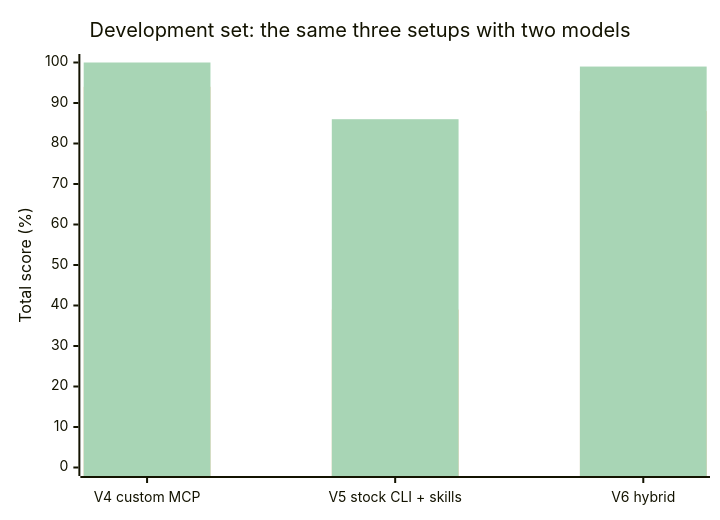
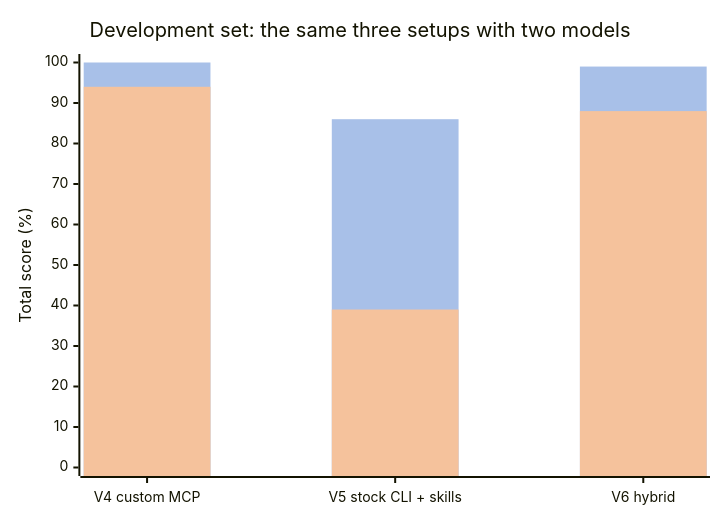
One commit to raphaelmansuy/edgegenie changed the third of 4 diagrams in docs/06-results-and-lessons.md. Above: the diagram before and after it, drawn with Mermaid. The commit also changed other lines of this file and 18 other files, not shown here.

````diff
--- a/docs/06-results-and-lessons.md
+++ b/docs/06-results-and-lessons.md
@@ -135,9 +135,9 @@
 ```mermaid
-%%{init: {'theme':'base','themeVariables':{'primaryColor':'#E8F0FE','primaryTextColor':'#1F2937','primaryBorderColor':'#A8C0E8','lineColor':'#94A3B8','xyChart':{'plotColorPalette':'#F5C29C, #A8D5B5'}}}}%%
+%%{init: {'theme':'base','themeVariables':{'primaryColor':'#E8F0FE','primaryTextColor':'#1F2937','primaryBorderColor':'#A8C0E8','lineColor':'#94A3B8','xyChart':{'plotColorPalette':'#A8C0E8, #F5C29C'}}}}%%
 xychart-beta
     title "Development set: the same three setups with two models"
     x-axis ["V4 custom MCP", "V5 stock CLI + skills", "V6 hybrid"]
     y-axis "Total score (%)" 0 --> 100
+    bar [100, 86, 99]
     bar [94, 39, 88]
-    bar [100, 86, 99]
 ```
````
